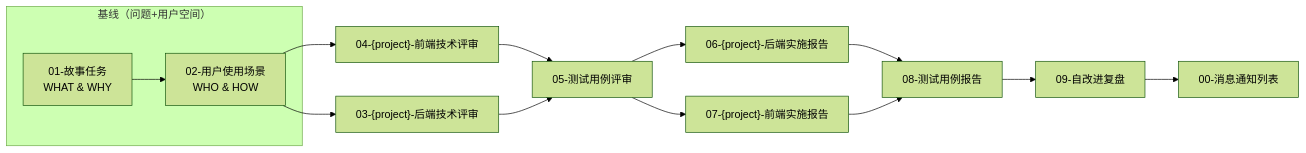
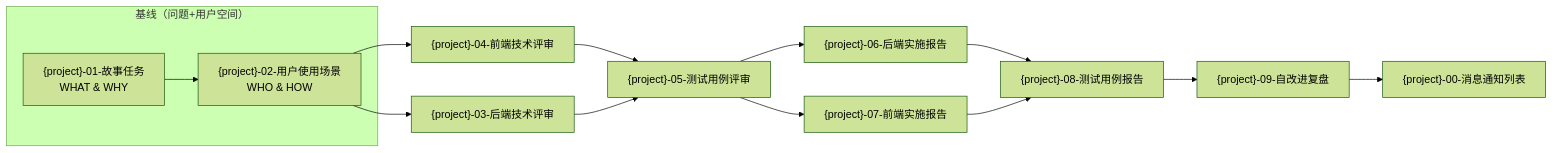
The second of 14 diagrams in skills/rui/formulas.md (effiy/YrY), drawn with Mermaid (forest theme) before and after one commit. The commit also changed other lines of this file and 17 other files, not shown here.

````diff
--- a/skills/rui/formulas.md
+++ b/skills/rui/formulas.md
@@ -65,18 +65,18 @@
 ```mermaid
 flowchart LR
     subgraph 基线["基线（问题+用户空间）"]
-        01["01-故事任务<br/>WHAT & WHY"]
-        02["02-用户使用场景<br/>WHO & HOW"]
+        01["{project}-01-故事任务<br/>WHAT & WHY"]
+        02["{project}-02-用户使用场景<br/>WHO & HOW"]
     end
     01 --> 02
-    02 --> 03["03-{project}-后端技术评审"]
-    02 --> 04["04-{project}-前端技术评审"]
-    04 --> 05["05-测试用例评审"]
+    02 --> 03["{project}-03-后端技术评审"]
+    02 --> 04["{project}-04-前端技术评审"]
+    04 --> 05["{project}-05-测试用例评审"]
     03 --> 05
-    05 --> 06["06-{project}-后端实施报告"]
-    05 --> 07["07-{project}-前端实施报告"]
-    06 --> 08["08-测试用例报告"]
+    05 --> 06["{project}-06-后端实施报告"]
+    05 --> 07["{project}-07-前端实施报告"]
+    06 --> 08["{project}-08-测试用例报告"]
     07 --> 08
-    08 --> 09["09-自改进复盘"]
-    09 --> 00["00-消息通知列表"]
+    08 --> 09["{project}-09-自改进复盘"]
+    09 --> 00["{project}-00-消息通知列表"]
 ```
````
